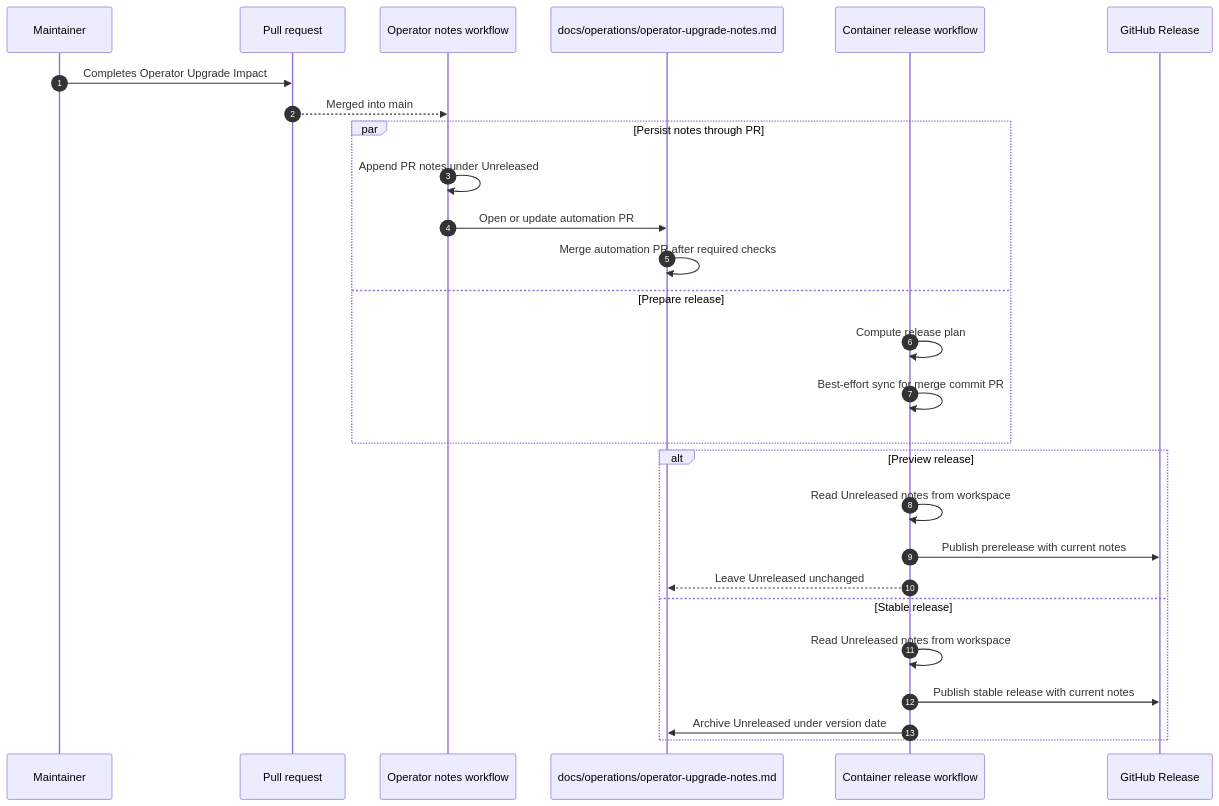
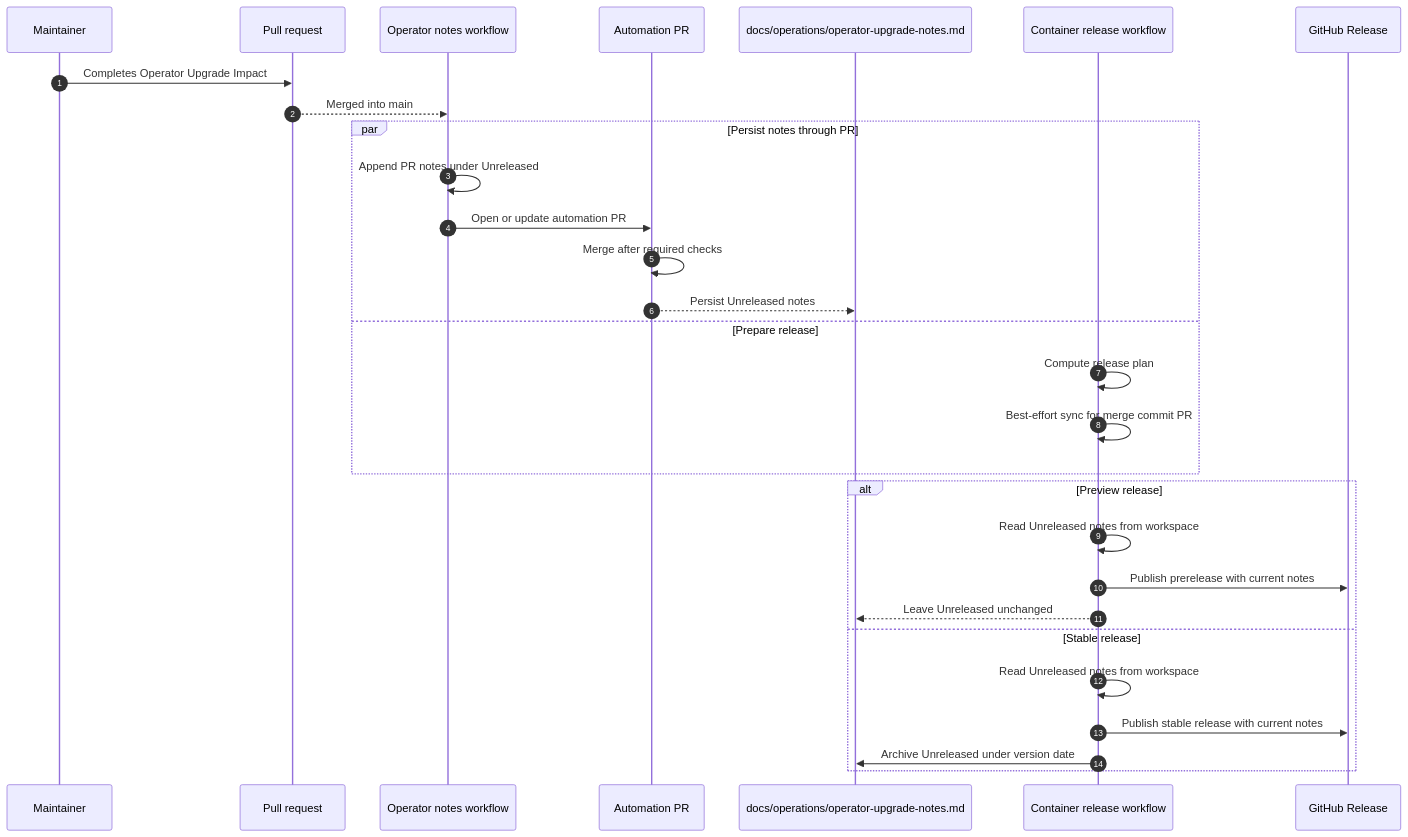
Before and after one commit to viscalyx/Kravhantering: the diagram in docs/development/trusted-container-publishing.md, drawn with Mermaid. The commit also changed 2 other files, not shown here.

Commit message:
feat: update operator upgrade notes workflow to include git user configuration

````diff
--- a/docs/development/trusted-container-publishing.md
+++ b/docs/development/trusted-container-publishing.md
@@ -188,31 +188,33 @@
 ```mermaid
 sequenceDiagram
     autonumber
     participant Maintainer
     participant PR as Pull request
     participant Notes as Operator notes workflow
+    participant AutomationPR as Automation PR
     participant Main as docs/operations/operator-upgrade-notes.md
     participant Release as Container release workflow
     participant GitHub as GitHub Release
 
     Maintainer->>PR: Completes Operator Upgrade Impact
     PR-->>Notes: Merged into main
     par Persist notes through PR
         Notes->>Notes: Append PR notes under Unreleased
-        Notes->>Main: Open or update automation PR
-        Main->>Main: Merge automation PR after required checks
+        Notes->>AutomationPR: Open or update automation PR
+        AutomationPR->>AutomationPR: Merge after required checks
+        AutomationPR-->>Main: Persist Unreleased notes
     and Prepare release
         Release->>Release: Compute release plan
         Release->>Release: Best-effort sync for merge commit PR
     end
 
     alt Preview release
         Release->>Release: Read Unreleased notes from workspace
         Release->>GitHub: Publish prerelease with current notes
         Release-->>Main: Leave Unreleased unchanged
     else Stable release
         Release->>Release: Read Unreleased notes from workspace
         Release->>GitHub: Publish stable release with current notes
         Release->>Main: Archive Unreleased under version date
     end
 ```
````
